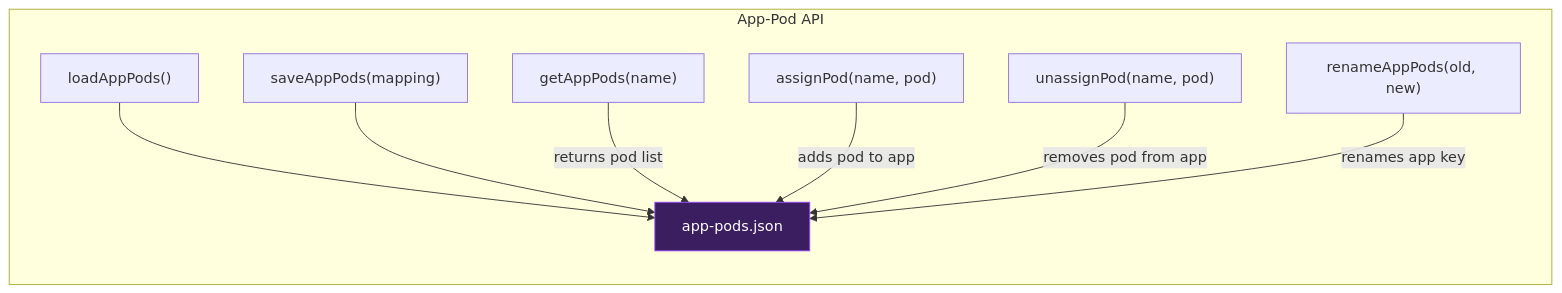
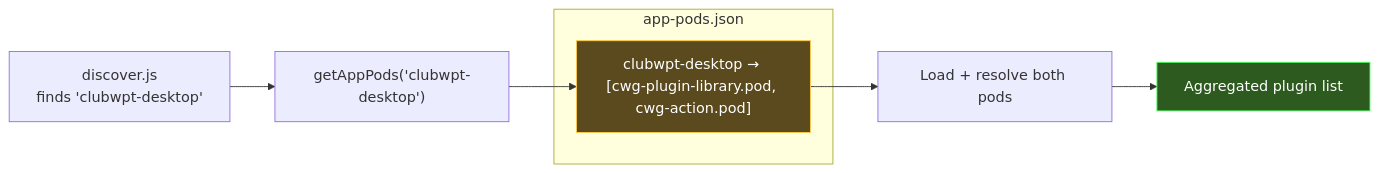
Before and after one commit to jerroldneal/podbay: the fifth of 5 diagrams in lib/docs/pods.md, drawn with Mermaid. The commit also changed other lines of this file and 110 other files, not shown here.

````diff
--- a/lib/docs/pods.md
+++ b/lib/docs/pods.md
@@ -184,13 +323,14 @@
 ```mermaid
 flowchart LR
-    subgraph "App-Pod API"
-        LA["loadAppPods()"] --> JSON["app-pods.json"]
-        SA["saveAppPods(mapping)"] --> JSON
-        GA["getAppPods(name)"] --> |"returns pod list"| JSON
-        AS["assignPod(name, pod)"] --> |"adds pod to app"| JSON
-        UA["unassignPod(name, pod)"] --> |"removes pod from app"| JSON
-        RA["renameAppPods(old, new)"] --> |"renames app key"| JSON
+    subgraph "app-pods.json"
+        MAP["clubwpt-desktop → [cwg-plugin-library.pod, cwg-action.pod]"]
     end
 
-    style JSON fill:#3a1e5f,stroke:#9a4aff,color:#fff
+    APP["discover.js<br/>finds 'clubwpt-desktop'"] --> GET["getAppPods('clubwpt-desktop')"]
+    GET --> MAP
+    MAP --> PODS["Load + resolve both pods"]
+    PODS --> PLUGINS["Aggregated plugin list"]
+
+    style MAP fill:#5a4a1e,stroke:#ffcc4a,color:#fff
+    style PLUGINS fill:#2d5a1e,stroke:#4aff5e,color:#fff
 ```
````
